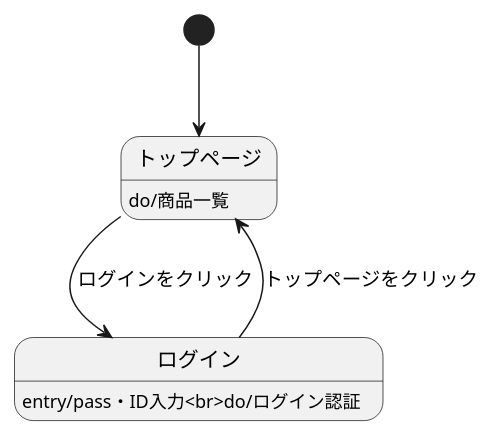
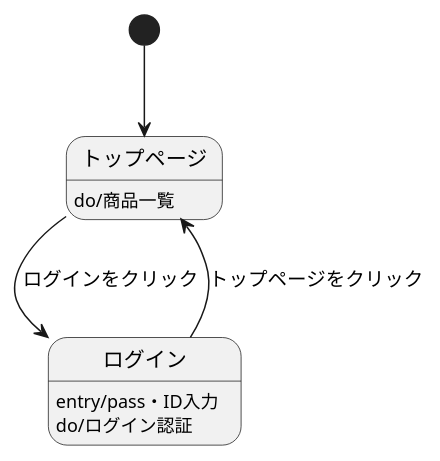
Before and after one commit to Aso2001388/2021sys-design: the diagram in orizinaru.md, drawn with PlantUML.

````diff
--- a/orizinaru.md
+++ b/orizinaru.md
@@ -1,9 +1,10 @@
 ```uml 
 @startuml
 [*]-->トップページ
 トップページ : do/商品一覧
 トップページ-->ログイン: ログインをクリック
 ログイン-->トップページ: トップページをクリック
-ログイン: entry/pass・ID入力<br>do/ログイン認証
+ログイン: entry/pass・ID入力
+ログイン: do/ログイン認証
 @enduml
 ``` 
````
